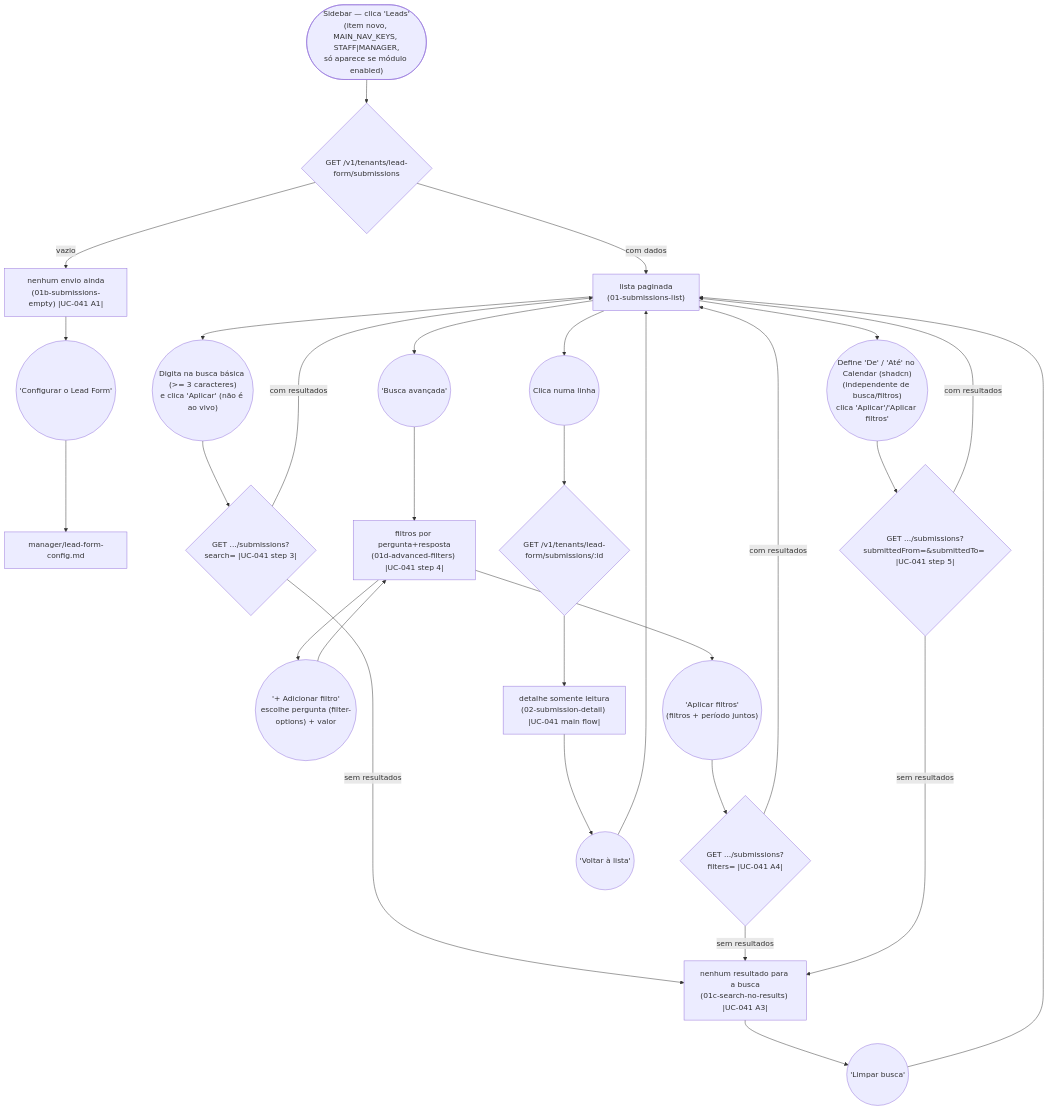
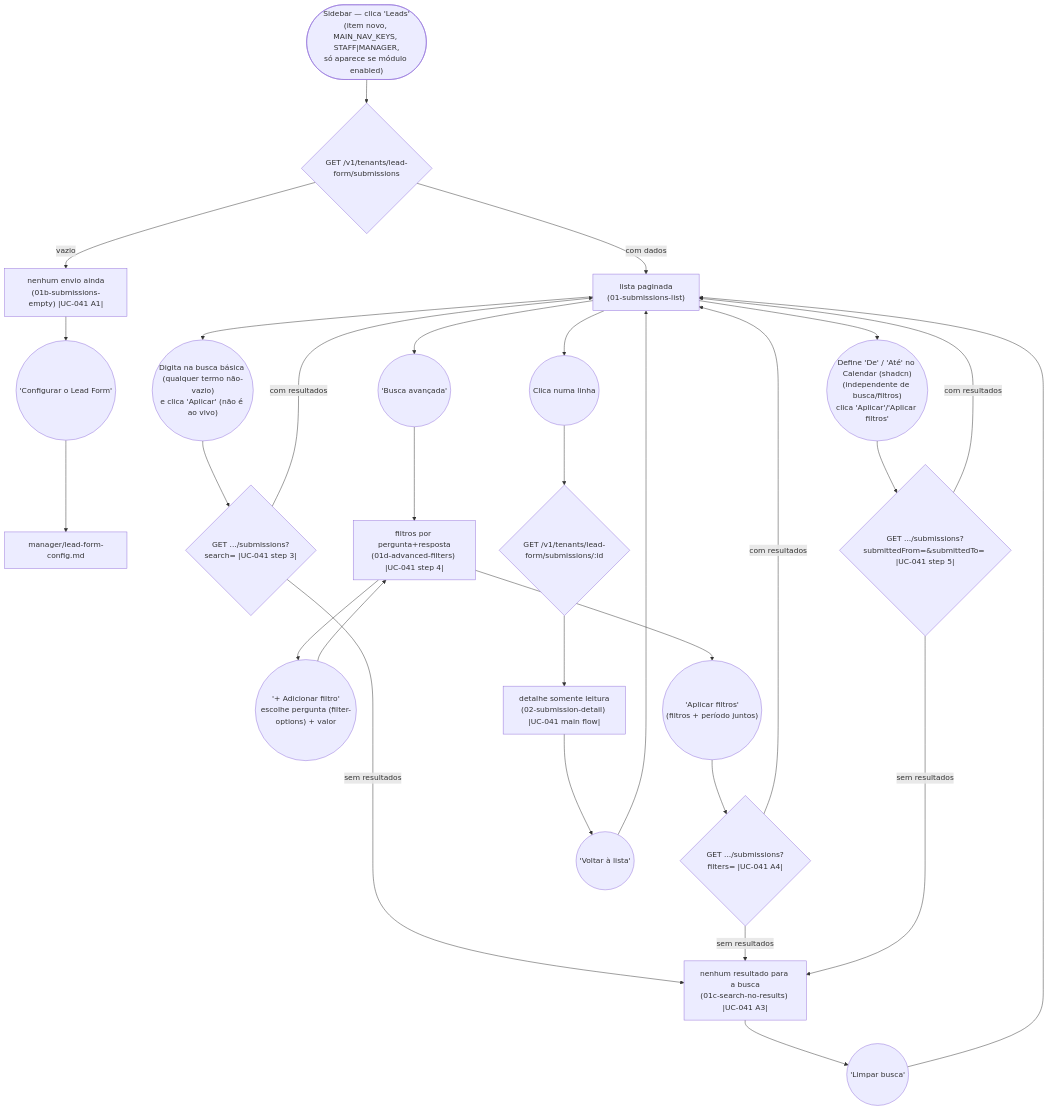
The diagram in plan/journey/manager/lead-form-submissions.md (lmmoreira/ikaro), drawn with Mermaid before and after one commit. The commit also changed 9 other files, not shown here.

````diff
--- a/plan/journey/manager/lead-form-submissions.md
+++ b/plan/journey/manager/lead-form-submissions.md
@@ -12,36 +12,36 @@
 ```mermaid
 flowchart TD
     Start(["Sidebar — clica 'Leads'<br/>(item novo, MAIN_NAV_KEYS, STAFF|MANAGER,<br/>só aparece se módulo enabled)"]) --> List{"GET /v1/tenants/lead-form/submissions"}
     List -- "vazio" --> Empty["nenhum envio ainda<br/>(01b-submissions-empty) |UC-041 A1|"]
     List -- "com dados" --> Submissions["lista paginada<br/>(01-submissions-list)"]
 
     Empty --> ToConfig(("'Configurar o Lead Form'"))
     ToConfig --> ConfigJourney["manager/lead-form-config.md"]
 
-    Submissions --> TypeSearch(("Digita na busca básica (>= 3 caracteres)<br/>e clica 'Aplicar' (não é ao vivo)"))
+    Submissions --> TypeSearch(("Digita na busca básica (qualquer termo não-vazio)<br/>e clica 'Aplicar' (não é ao vivo)"))
     TypeSearch --> SearchQuery{"GET .../submissions?search= |UC-041 step 3|"}
     SearchQuery -- "sem resultados" --> NoResults["nenhum resultado para a busca<br/>(01c-search-no-results) |UC-041 A3|"]
     SearchQuery -- "com resultados" --> Submissions
     NoResults --> ClearSearch(("'Limpar busca'"))
     ClearSearch --> Submissions
 
     Submissions --> OpenAdvanced(("'Busca avançada'"))
     OpenAdvanced --> Advanced["filtros por pergunta+resposta<br/>(01d-advanced-filters) |UC-041 step 4|"]
     Advanced --> AddFilterRow(("'+ Adicionar filtro'<br/>escolhe pergunta (filter-options) + valor"))
     AddFilterRow --> Advanced
     Advanced --> ApplyFilters(("'Aplicar filtros'<br/>(filtros + período juntos)"))
     ApplyFilters --> FiltersQuery{"GET .../submissions?filters= |UC-041 A4|"}
     FiltersQuery -- "sem resultados" --> NoResults
     FiltersQuery -- "com resultados" --> Submissions
 
     Submissions --> SetDateRange(("Define 'De' / 'Até' no Calendar (shadcn)<br/>(independente de busca/filtros)<br/>clica 'Aplicar'/'Aplicar filtros'"))
     SetDateRange --> DateRangeQuery{"GET .../submissions?submittedFrom=&submittedTo= |UC-041 step 5|"}
     DateRangeQuery -- "sem resultados" --> NoResults
     DateRangeQuery -- "com resultados" --> Submissions
 
     Submissions --> ClickRow(("Clica numa linha"))
     ClickRow --> Detail{"GET /v1/tenants/lead-form/submissions/:id"}
     Detail --> Detail2["detalhe somente leitura<br/>(02-submission-detail) |UC-041 main flow|"]
     Detail2 --> Back(("'Voltar à lista'"))
     Back --> Submissions
 ```
````
